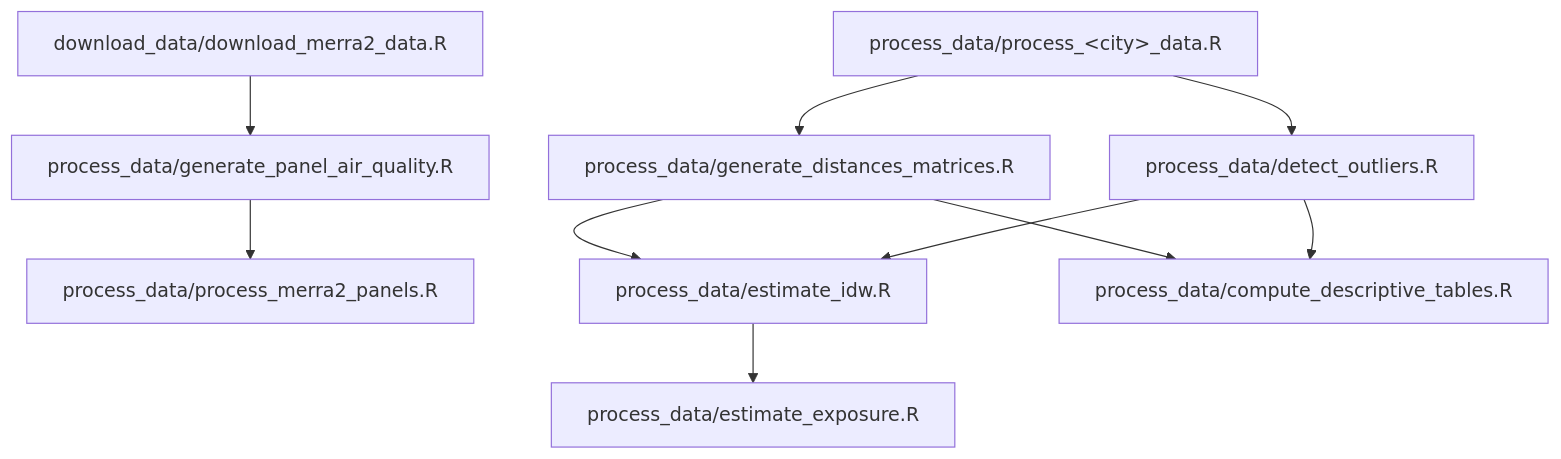
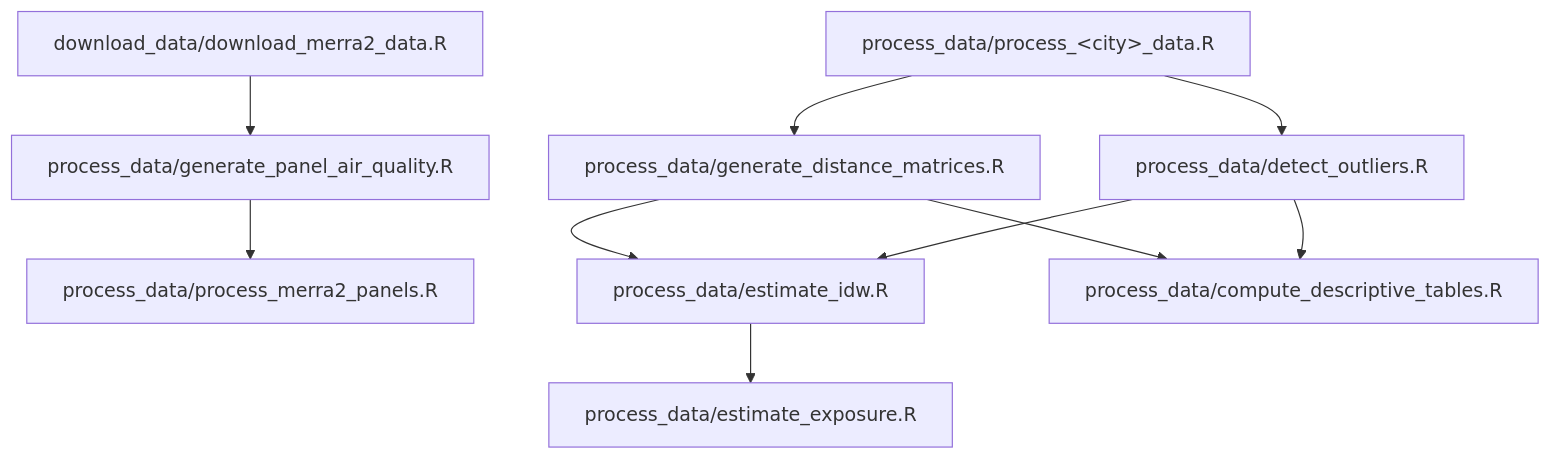
The first of 2 diagrams in README.md (correia-marcos/air_quality), drawn with Mermaid before and after one commit. The commit also changed 8 other files, not shown here.

Commit message:
Renamed one file (generate_distance_matrice.R) and update the other scripts based on it. Update in makefile and readme

````diff
--- a/README.md
+++ b/README.md
@@ -238,18 +238,18 @@
 ```mermaid
 flowchart TD
   DL["download_data/download_merra2_data.R"]
   GP["process_data/generate_panel_air_quality.R"]
   MP["process_data/process_merra2_panels.R"]
   PC["process_data/process_&lt;city&gt;_data.R"]
-  GD["process_data/generate_distances_matrices.R"]
+  GD["process_data/generate_distance_matrices.R"]
   DO["process_data/detect_outliers.R"]
   IDW["process_data/estimate_idw.R"]
   REG["process_data/estimate_exposure.R"]
   DESC["process_data/compute_descriptive_tables.R"]
 
   DL --> GP --> MP
   PC --> GD --> IDW --> REG
   PC --> DO --> IDW
   GD --> DESC
   DO --> DESC
 ```
````
